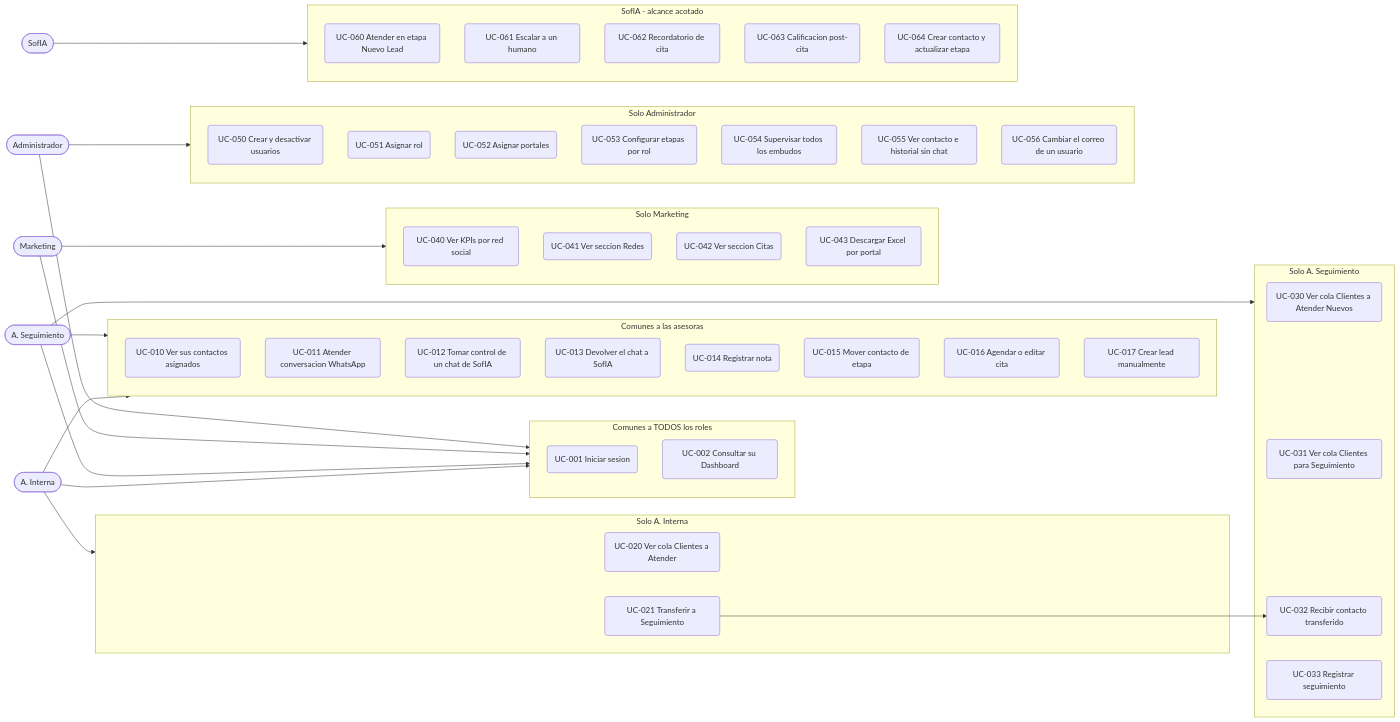
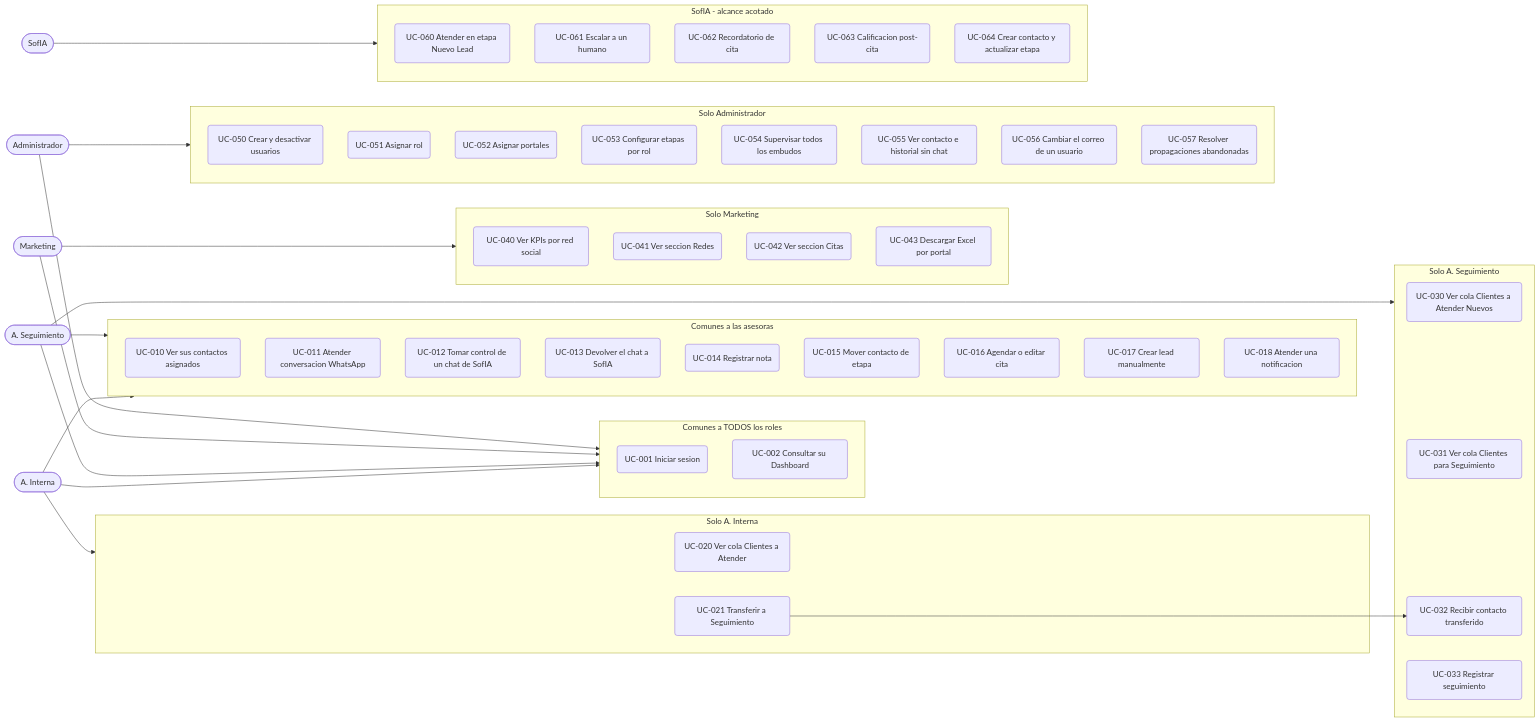
Before and after one commit to eltovar/AgenteConversacional_Practica: the diagram in docs/rediseno/05-casos-de-uso.md, drawn with Mermaid. The commit also changed other lines of this file and 30 other files, not shown here.

````diff
--- a/docs/rediseno/05-casos-de-uso.md
+++ b/docs/rediseno/05-casos-de-uso.md
@@ -11,74 +12,76 @@
 ```mermaid
 flowchart LR
     AI(["A. Interna"])
     AS(["A. Seguimiento"])
     MK(["Marketing"])
     AD(["Administrador"])
     BOT(["SofIA"])
 
     subgraph TODOS["Comunes a TODOS los roles"]
         T01("UC-001 Iniciar sesion")
         T02("UC-002 Consultar su Dashboard")
     end
 
     subgraph COMUN["Comunes a las asesoras"]
         U01("UC-010 Ver sus contactos asignados")
         U02("UC-011 Atender conversacion WhatsApp")
         U03("UC-012 Tomar control de un chat de SofIA")
         U04("UC-013 Devolver el chat a SofIA")
         U05("UC-014 Registrar nota")
         U06("UC-015 Mover contacto de etapa")
         U07("UC-016 Agendar o editar cita")
         U08("UC-017 Crear lead manualmente")
+        U09("UC-018 Atender una notificacion")
     end
 
     subgraph SOLOI["Solo A. Interna"]
         I01("UC-020 Ver cola Clientes a Atender")
         I02("UC-021 Transferir a Seguimiento")
     end
 
     subgraph SOLOS["Solo A. Seguimiento"]
         S01("UC-030 Ver cola Clientes a Atender Nuevos")
         S02("UC-031 Ver cola Clientes para Seguimiento")
         S03("UC-032 Recibir contacto transferido")
         S04("UC-033 Registrar seguimiento")
     end
 
     subgraph SOLOM["Solo Marketing"]
         M01("UC-040 Ver KPIs por red social")
         M02("UC-041 Ver seccion Redes")
         M03("UC-042 Ver seccion Citas")
         M04("UC-043 Descargar Excel por portal")
     end
 
     subgraph SOLOA["Solo Administrador"]
         A01("UC-050 Crear y desactivar usuarios")
         A02("UC-051 Asignar rol")
         A03("UC-052 Asignar portales")
         A04("UC-053 Configurar etapas por rol")
         A05("UC-054 Supervisar todos los embudos")
         A06("UC-055 Ver contacto e historial sin chat")
         A07("UC-056 Cambiar el correo de un usuario")
+        A08("UC-057 Resolver propagaciones abandonadas")
     end
 
     subgraph SOFIA["SofIA - alcance acotado"]
         B01("UC-060 Atender en etapa Nuevo Lead")
         B02("UC-061 Escalar a un humano")
         B03("UC-062 Recordatorio de cita")
         B04("UC-063 Calificacion post-cita")
         B05("UC-064 Crear contacto y actualizar etapa")
     end
 
     AI --> TODOS
     AS --> TODOS
     MK --> TODOS
     AD --> TODOS
     AI --> COMUN
     AI --> SOLOI
     AS --> COMUN
     AS --> SOLOS
     MK --> SOLOM
     AD --> SOLOA
     BOT --> SOFIA
     I02 --> S03
 ```
````
